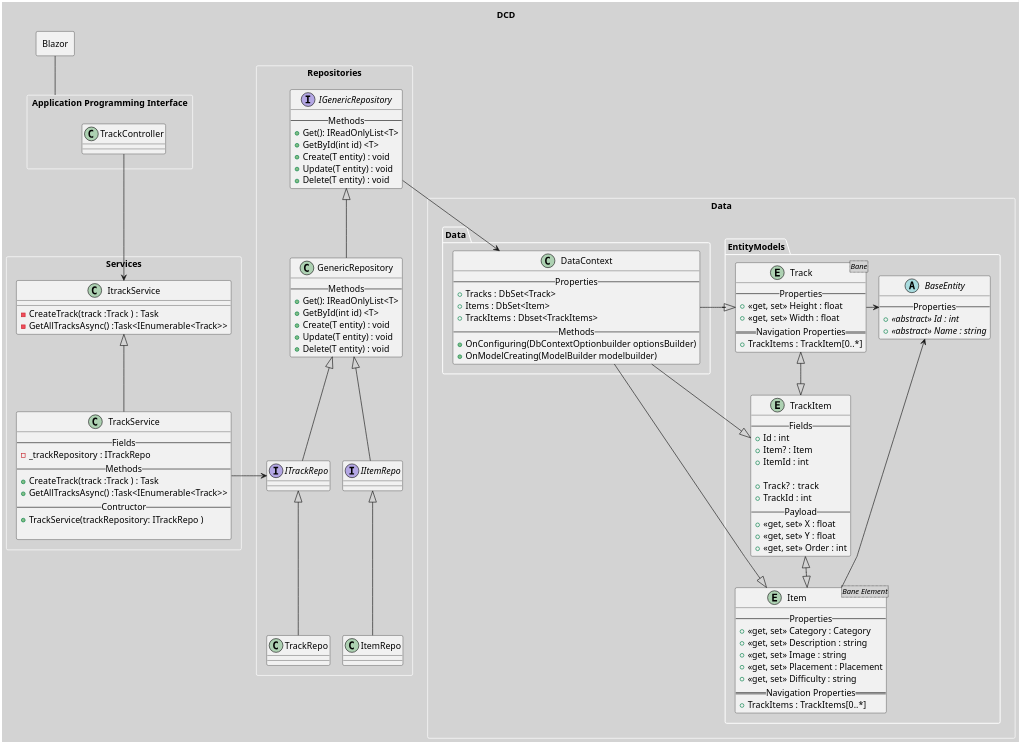
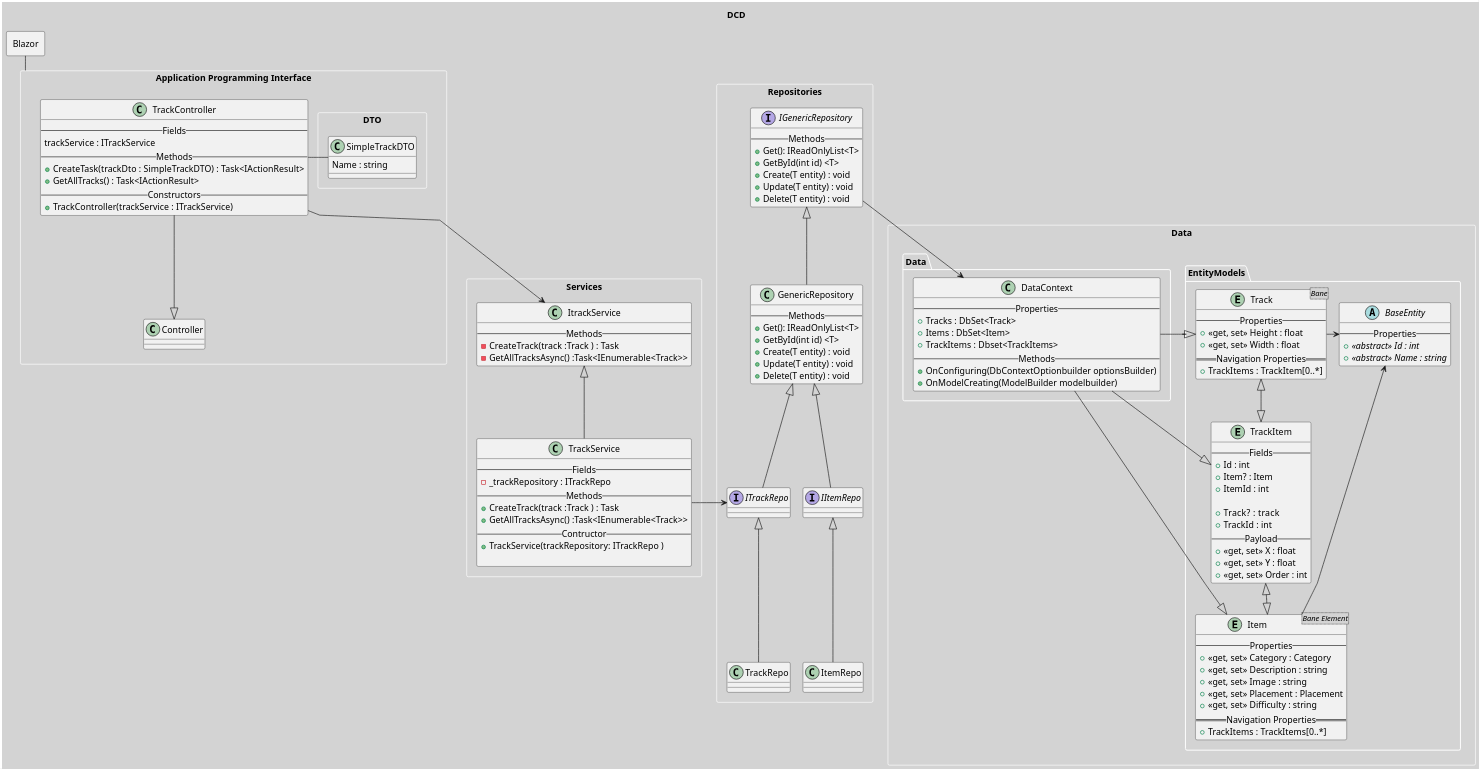
The diagram in Dokumentation/Scenarier/Baner/Development View/DCD/DCDv2.wsd (Team-1-ucl/DogApp), drawn with PlantUML before and after one commit.

Commit message:
Updated DCD

```diff
--- a/Dokumentation/Scenarier/Baner/Development View/DCD/DCDv2.wsd
+++ b/Dokumentation/Scenarier/Baner/Development View/DCD/DCDv2.wsd
@@ -1,134 +1,149 @@
 @startuml DCDv2
 title DCD
 skinparam nodesep 20
 skinparam ranksep 50
 skinparam linetype polyline
 skinparam dpi 300
 skinparam ComponentBorderThickness 0
 skinparam BackgroundColor lightgrey
 skinparam ComponentBackgroundColor white
 skinparam ComponentBorderColor white
 skinparam PackageBorderColor white
 rectangle "Blazor" as front{
 
 }
 rectangle "Application Programming Interface" as API {
     class TrackController{
-
+        --Fields--
+        trackService : ITrackService 
+        --Methods--
+        + CreateTask(trackDto : SimpleTrackDTO) : Task<IActionResult> 
+        + GetAllTracks() : Task<IActionResult>
+        --Constructors--
+        + TrackController(trackService : ITrackService) 
+    }
+    class Controller
+    rectangle DTO{
+        class SimpleTrackDTO{
+            Name : string
+            }
     }
 }
 rectangle "Services" as Service{
     class ItrackService{
+        --Methods--
         - CreateTrack(track :Track ) : Task
         - GetAllTracksAsync() :Task<IEnumerable<Track>> 
     }
     class TrackService{
         -- Fields --
         - _trackRepository : ITrackRepo
         -- Methods --
         + CreateTrack(track :Track ) : Task
         + GetAllTracksAsync() :Task<IEnumerable<Track>> 
         -- Contructor --
         + TrackService(trackRepository: ITrackRepo )
         
     }   
 }
 
 rectangle "Repositories" as Repositories{
     class "GenericRepository"{
             --Methods--
             + Get(): IReadOnlyList<T>
             + GetById(int id) <T>
             + Create(T entity) : void
             + Update(T entity) : void
             + Delete(T entity) : void
         }
 
         interface "IGenericRepository"{
             --Methods--
             + Get(): IReadOnlyList<T>
             + GetById(int id) <T>
             + Create(T entity) : void
             + Update(T entity) : void
             + Delete(T entity) : void
         }
         interface IItemRepo
         interface ITrackRepo
         class "ItemRepo"{
 
         }
         class "TrackRepo"{
 
         }
 }
 
 rectangle "Data" as models{
     package EntityModels{
         abstract class BaseEntity{
             -- Properties --
             + {abstract}<<abstract>> Id : int
             + {abstract}<<abstract>> Name : string
         }
         entity Track<Bane>{
             -- Properties --
             + <<get, set>> Height : float
             + <<get, set>> Width : float
             ==Navigation Properties==
             + TrackItems : TrackItem[0..*]
         }
         entity TrackItem{
             -- Fields --
             + Id : int
             + Item? : Item
             + ItemId : int
 
             + Track? :  track
             + TrackId : int
             -- Payload --
             + <<get, set>> X : float
             + <<get, set>> Y : float
             + <<get, set>> Order : int
         }
         entity Item<Bane Element>{
             -- Properties --
             + <<get, set>> Category : Category
             + <<get, set>> Description : string
             + <<get, set>> Image : string
             + <<get, set>> Placement : Placement
             + <<get, set>> Difficulty : string
             ==Navigation Properties==
             + TrackItems : TrackItems[0..*]
         }
     }
     package Data{
         class DataContext{
             --Properties--
             + Tracks : DbSet<Track>
             + Items : DbSet<Item>
             + TrackItems : Dbset<TrackItems>
             --Methods--
             + OnConfiguring(DbContextOptionbuilder optionsBuilder)
             + OnModelCreating(ModelBuilder modelbuilder)
         }
     }
 
 }
 front -- API
 TrackController --> ItrackService
+TrackController --|> Controller
+TrackController - SimpleTrackDTO
 IGenericRepository  <|-- GenericRepository
 IGenericRepository --> DataContext
 GenericRepository <|-- IItemRepo
 GenericRepository <|-- ITrackRepo
 ITrackRepo <|-- TrackRepo
 IItemRepo <|-- ItemRepo
 TrackService -> ITrackRepo
 ItrackService <|-- TrackService
 BaseEntity  <- Track
 BaseEntity <- Item
 Track <|--|> TrackItem
 TrackItem <|--|> Item
 DataContext -|> Track
 DataContext -|> TrackItem
 DataContext -|> Item
 
 @enduml
```
